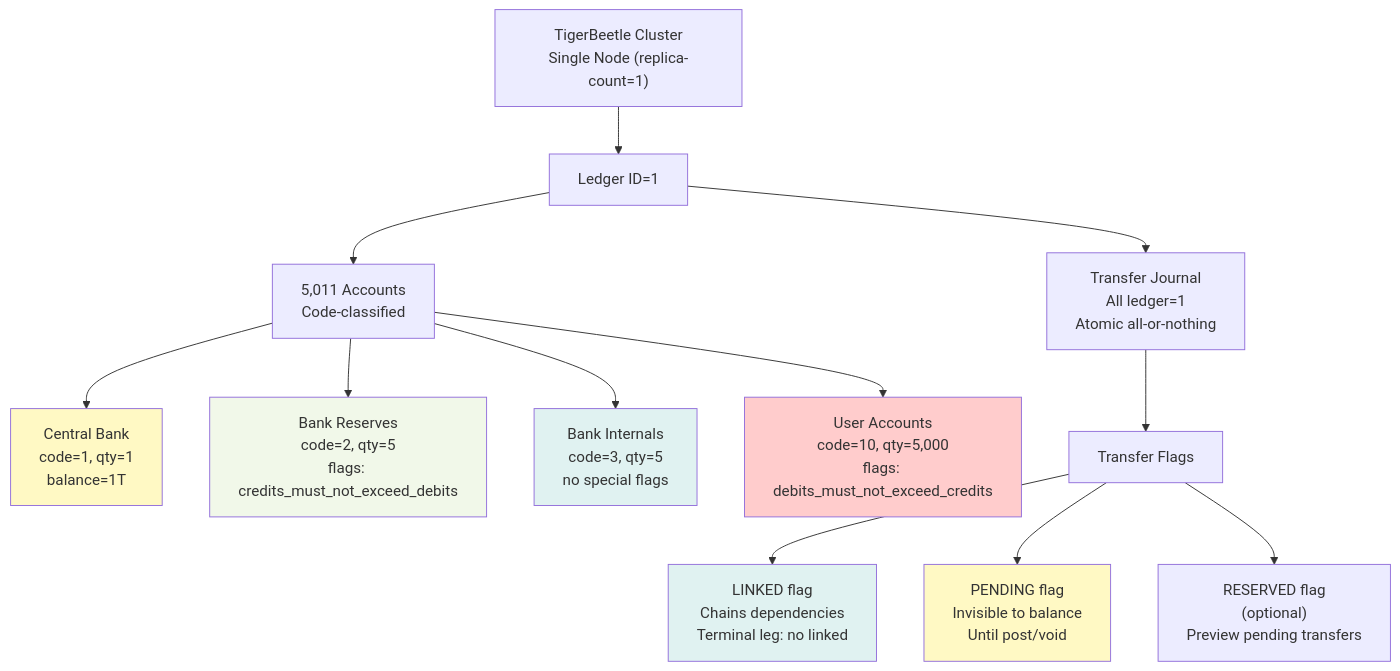
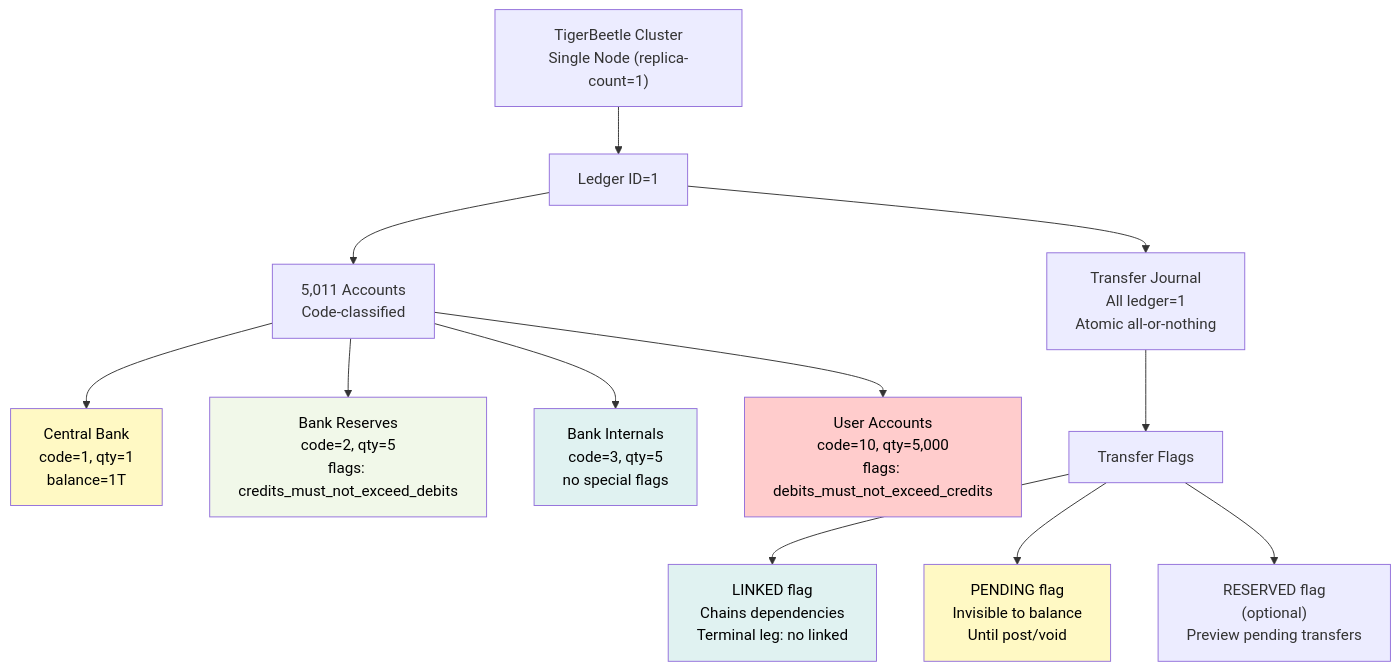
Before and after one commit to evertonstz/TigerbeetleMiniPIX: the fifth of 19 diagrams in ARCHITECTURE.md, drawn with Mermaid. The commit also changed other lines of this file, not shown here.

Commit message:
docs: improve Mermaid diagram text readability with dark text colors

````diff
--- a/ARCHITECTURE.md
+++ b/ARCHITECTURE.md
@@ -194,28 +194,28 @@
 ```mermaid
 graph TB
     TB["TigerBeetle Cluster<br/>Single Node (replica-count=1)"]
     
     TB --> Ledger["Ledger ID=1"]
     
     Ledger --> Accounts["5,011 Accounts<br/>Code-classified"]
     
     Accounts --> CB["Central Bank<br/>code=1, qty=1<br/>balance=1T"]
     Accounts --> BR["Bank Reserves<br/>code=2, qty=5<br/>flags: credits_must_not_exceed_debits"]
     Accounts --> BI["Bank Internals<br/>code=3, qty=5<br/>no special flags"]
     Accounts --> UA["User Accounts<br/>code=10, qty=5,000<br/>flags: debits_must_not_exceed_credits"]
     
     Ledger --> Transfers["Transfer Journal<br/>All ledger=1<br/>Atomic all-or-nothing"]
     
     Transfers --> Flags["Transfer Flags"]
     
     Flags --> Linked["LINKED flag<br/>Chains dependencies<br/>Terminal leg: no linked"]
     Flags --> Pending["PENDING flag<br/>Invisible to balance<br/>Until post/void"]
     Flags --> Reserved["RESERVED flag<br/>(optional)<br/>Preview pending transfers"]
     
-    style CB fill:#fff9c4
-    style BR fill:#f1f8e9
-    style BI fill:#e0f2f1
-    style UA fill:#ffcccc
-    style Pending fill:#fff9c4
-    style Linked fill:#e0f2f1
+    style CB fill:#fff9c4,color:#000
+    style BR fill:#f1f8e9,color:#000
+    style BI fill:#e0f2f1,color:#000
+    style UA fill:#ffcccc,color:#000
+    style Pending fill:#fff9c4,color:#000
+    style Linked fill:#e0f2f1,color:#000
 ```
````
